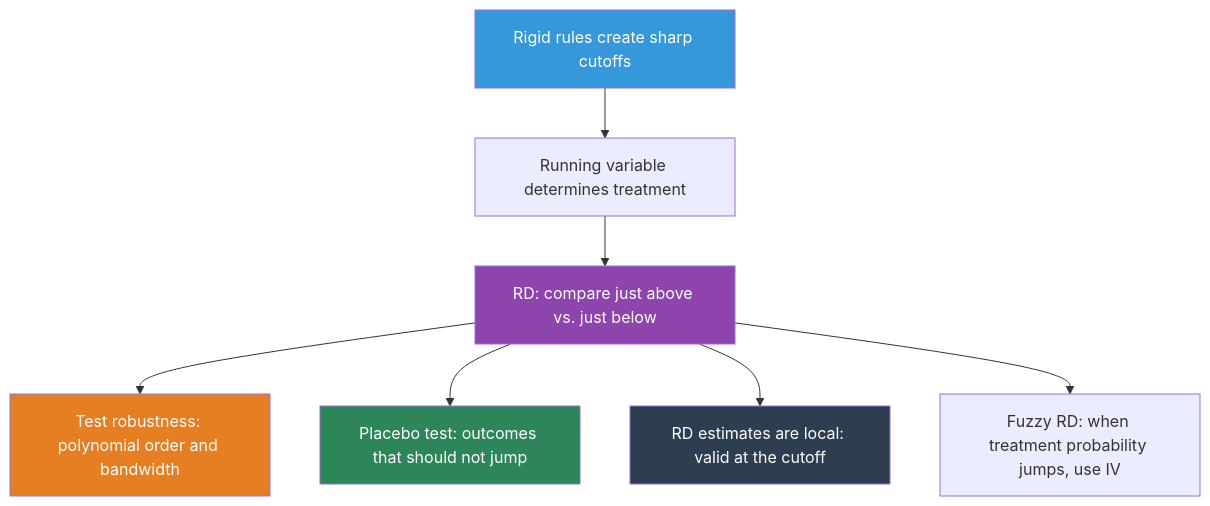
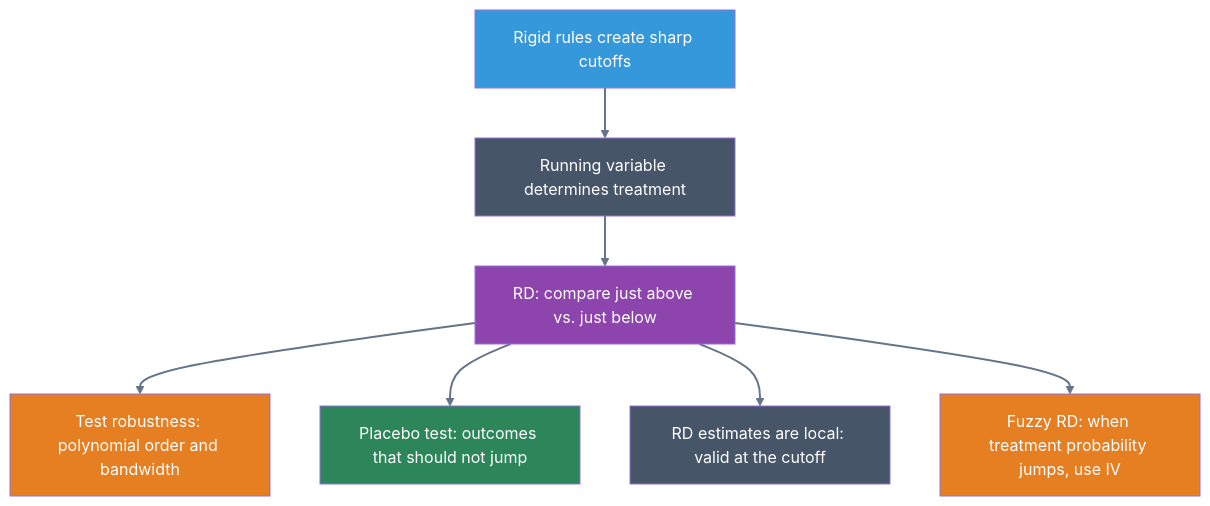
The second of 2 diagrams in notebooks_quarto/04-regression-discontinuity.qmd (cmg777/intro2causal), drawn with Mermaid before and after one commit. The commit also changed other lines of this file and 17 other files, not shown here.

````diff
--- a/notebooks_quarto/04-regression-discontinuity.qmd
+++ b/notebooks_quarto/04-regression-discontinuity.qmd
@@ -540,25 +540,28 @@
 ```{mermaid}
 %%| label: fig-concept-map
 %%| fig-cap: "How the key concepts of Chapter 4 connect"
 
 graph TD
     Q["Rigid rules create sharp cutoffs"]
     RV["Running variable determines treatment"]
     RD["RD: compare just above vs. just below"]
     SPEC["Test robustness: polynomial order and bandwidth"]
     PLAC["Placebo test: outcomes that should not jump"]
     LOCAL["RD estimates are local: valid at the cutoff"]
     FUZZY["Fuzzy RD: when treatment probability jumps, use IV"]
 
     Q --> RV --> RD
     RD --> SPEC
     RD --> PLAC
     RD --> LOCAL
     RD --> FUZZY
 
     style Q fill:#3498db,color:#fff
+    style RV fill:#475569,color:#fff
     style RD fill:#8e44ad,color:#fff
     style SPEC fill:#e67e22,color:#fff
     style PLAC fill:#2d8659,color:#fff
-    style LOCAL fill:#2c3e50,color:#fff
+    style LOCAL fill:#475569,color:#fff
+    style FUZZY fill:#e67e22,color:#fff
+    linkStyle default stroke:#64748b,stroke-width:2px
 ```
````
